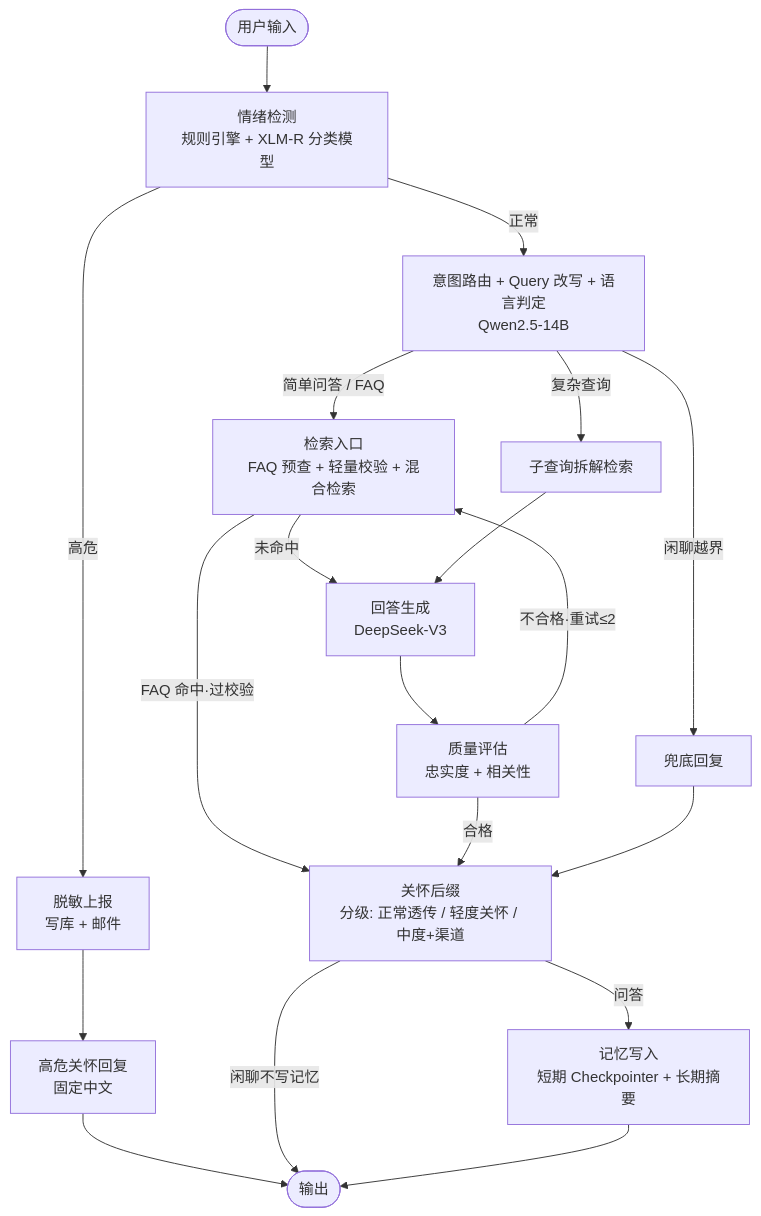
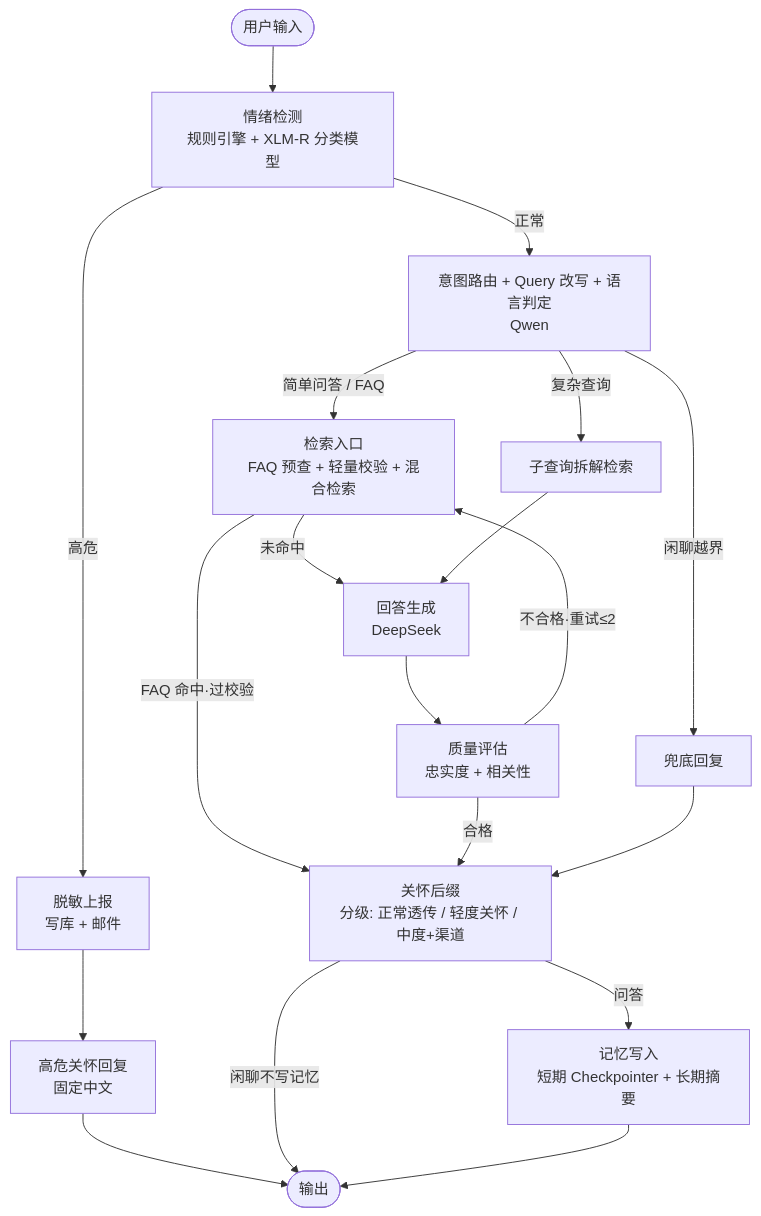
One commit to changchen331/XiaoDan-Da changed the diagram in README.md. Above: the diagram before and after it, drawn with Mermaid. The commit also changed other lines of this file and 28 other files, not shown here.

````diff
--- a/README.md
+++ b/README.md
@@ -26,18 +27,18 @@
 ```mermaid
 flowchart TB
     START([用户输入]) --> EMOTION[情绪检测<br/>规则引擎 + XLM-R 分类模型]
     EMOTION -- 高危 --> REPORT[脱敏上报<br/>写库 + 邮件] --> CARE[高危关怀回复<br/>固定中文] --> END_FINISH([输出])
-    EMOTION -- 正常 --> INTENT[意图路由 + Query 改写 + 语言判定<br/>Qwen2.5-14B]
+    EMOTION -- 正常 --> INTENT[意图路由 + Query 改写 + 语言判定<br/>Qwen]
     INTENT -- 简单问答 / FAQ --> RETRIEVE[检索入口<br/>FAQ 预查 + 轻量校验 + 混合检索]
     INTENT -- 复杂查询 --> PLAN[子查询拆解检索]
     INTENT -- 闲聊越界 --> CHAT[兜底回复]
     RETRIEVE -- FAQ 命中·过校验 --> SUFFIX[关怀后缀<br/>分级: 正常透传 / 轻度关怀 / 中度+渠道]
-    RETRIEVE -- 未命中 --> GENERATE[回答生成<br/>DeepSeek-V3]
+    RETRIEVE -- 未命中 --> GENERATE[回答生成<br/>DeepSeek]
     PLAN --> GENERATE
     GENERATE --> QUALITY[质量评估<br/>忠实度 + 相关性]
     QUALITY -- 不合格·重试≤2 --> RETRIEVE
     QUALITY -- 合格 --> SUFFIX
     CHAT --> SUFFIX
     SUFFIX -- 闲聊不写记忆 --> END_FINISH
     SUFFIX -- 问答 --> MEMORY[记忆写入<br/>短期 Checkpointer + 长期摘要] --> END_FINISH
 ```
````
